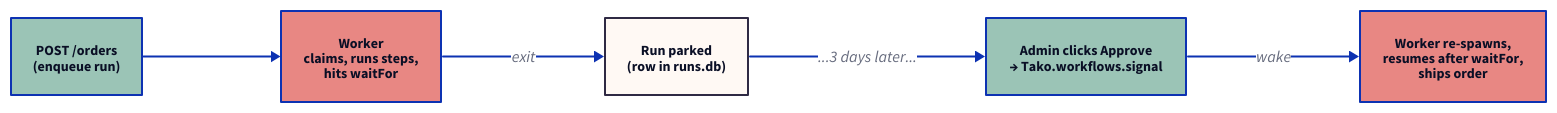
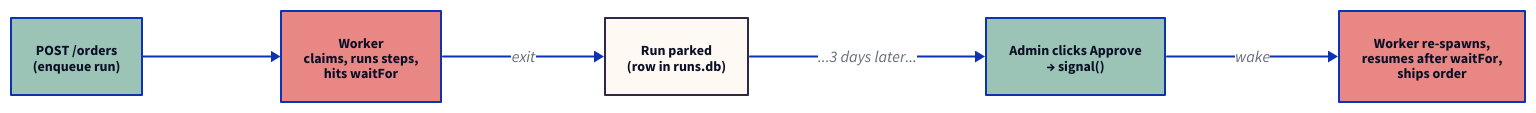
The diagram in website/src/content/blog/pause-a-workflow-until-a-human-clicks-approve.md (lilienblum/tako), drawn with D2 before and after one commit. The commit also changed other lines of this file and 159 other files, not shown here.

````diff
--- a/website/src/content/blog/pause-a-workflow-until-a-human-clicks-approve.md
+++ b/website/src/content/blog/pause-a-workflow-until-a-human-clicks-approve.md
@@ -73,14 +76,14 @@
 ```d2
 direction: right
 
 enq: "POST /orders\n(enqueue run)" {style.fill: "#9BC4B6"; style.font-size: 14}
 worker1: "Worker\nclaims, runs steps,\nhits waitFor" {style.fill: "#E88783"; style.font-size: 14}
 park: "Run parked\n(row in runs.db)" {style.fill: "#FFF9F4"; style.stroke: "#2F2A44"; style.font-size: 14}
-signal: "Admin clicks Approve\n→ Tako.workflows.signal" {style.fill: "#9BC4B6"; style.font-size: 14}
+signal: "Admin clicks Approve\n→ signal()" {style.fill: "#9BC4B6"; style.font-size: 14}
 worker2: "Worker re-spawns,\nresumes after waitFor,\nships order" {style.fill: "#E88783"; style.font-size: 14}
 
 enq -> worker1
 worker1 -> park: "exit"
 park -> signal: "...3 days later..."
 signal -> worker2: "wake"
 ```
````
